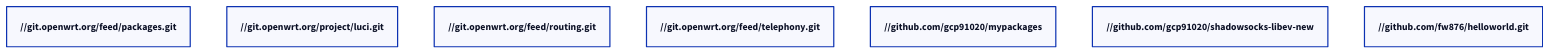
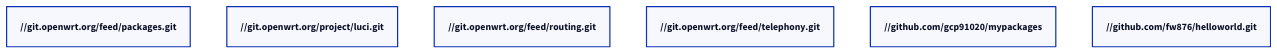
The diagram in feeds.conf.d2 (gcp91020/myRouters), drawn with D2 before and after one commit.

```diff
--- a/feeds.conf.d2
+++ b/feeds.conf.d2
@@ -1,15 +1,13 @@
 src-git packages https://git.openwrt.org/feed/packages.git
 src-git luci https://git.openwrt.org/project/luci.git
 src-git routing https://git.openwrt.org/feed/routing.git
 src-git telephony https://git.openwrt.org/feed/telephony.git
 src-git mypackage https://github.com/gcp91020/mypackages
-src-git shadowsocks-libev https://github.com/gcp91020/shadowsocks-libev-new
 src-git helloworld https://github.com/fw876/helloworld.git
-
 
 #src-git helloworld https://github.com/gcp91020/helloworld
 #src-git helloworld https://github.com/fw876/helloworld
 #src-git video https://github.com/openwrt/video.git
 #src-git targets https://github.com/openwrt/targets.git
 #src-git oldpackages http://git.openwrt.org/packages.git
 #src-link custom /usr/src/openwrt/custom-feed
```
